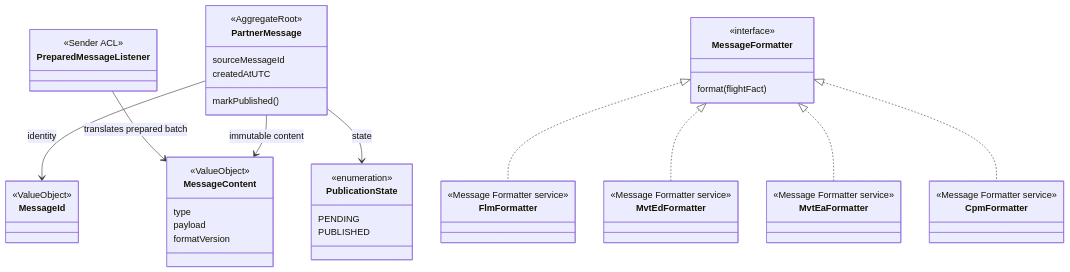
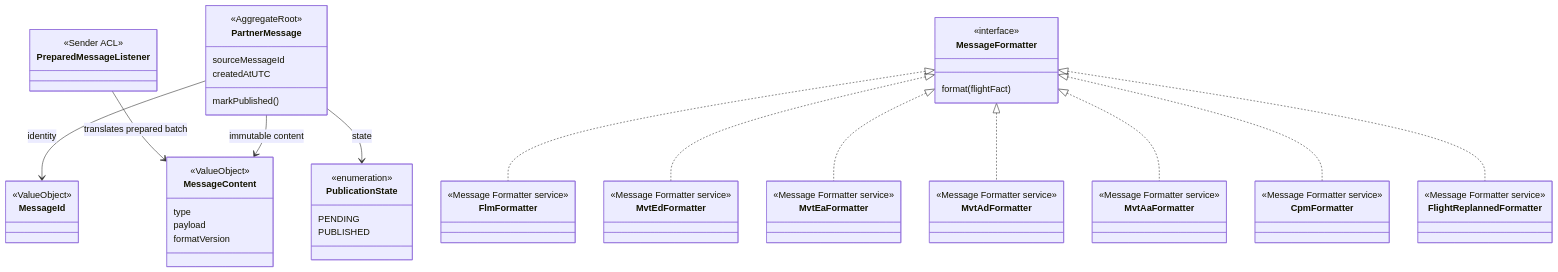
Before and after one commit to ebhd/air-freight-operations: the eighth of 9 diagrams in architecture/analyse.md, drawn with Mermaid. The commit also changed other lines of this file and 1 other file, not shown here.

First line of the commit message:
Shorten the README and the architecture analysis

````diff
--- a/architecture/analyse.md
+++ b/architecture/analyse.md
@@ -578,50 +542,62 @@
 ```mermaid
 classDiagram
     class PartnerMessage {
         <<AggregateRoot>>
         markPublished()
     }
     class MessageId {
         <<ValueObject>>
     }
     class MessageContent {
         <<ValueObject>>
         type
         payload
         formatVersion
     }
     class PublicationState {
         <<enumeration>>
         PENDING
         PUBLISHED
     }
     class MessageFormatter {
         <<interface>>
         format(flightFact)
     }
     class FlmFormatter {
         <<Message Formatter service>>
     }
     class MvtEdFormatter {
         <<Message Formatter service>>
     }
     class MvtEaFormatter {
         <<Message Formatter service>>
     }
+    class MvtAdFormatter {
+        <<Message Formatter service>>
+    }
+    class MvtAaFormatter {
+        <<Message Formatter service>>
+    }
     class CpmFormatter {
+        <<Message Formatter service>>
+    }
+    class FlightReplannedFormatter {
         <<Message Formatter service>>
     }
     class PreparedMessageListener {
         <<Sender ACL>>
     }
     PreparedMessageListener --> MessageContent : translates prepared batch
     PartnerMessage --> MessageId : identity
     PartnerMessage --> MessageContent : immutable content
     PartnerMessage --> PublicationState : state
     PartnerMessage : sourceMessageId
     PartnerMessage : createdAtUTC
     MessageFormatter <|.. FlmFormatter
     MessageFormatter <|.. MvtEdFormatter
     MessageFormatter <|.. MvtEaFormatter
+    MessageFormatter <|.. MvtAdFormatter
+    MessageFormatter <|.. MvtAaFormatter
     MessageFormatter <|.. CpmFormatter
+    MessageFormatter <|.. FlightReplannedFormatter
 ```
````
